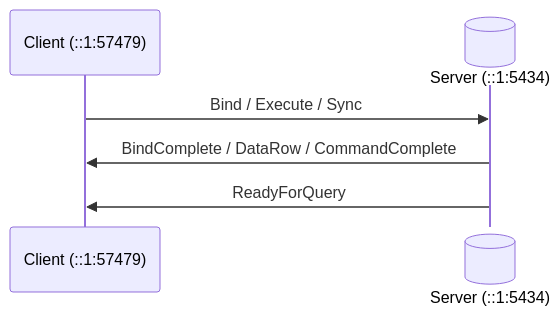
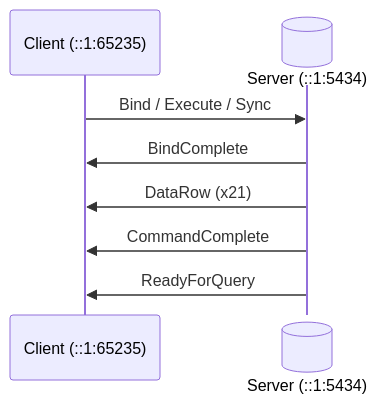
One commit to xfischer/pg_protoexport changed the second of 4 diagrams in docs/examples/exports/pagila-05-extended-query-named-prepared-statement/capture.mermaid.seq.md. Above: the diagram before and after it, drawn with Mermaid. The commit also changed other lines of this file and 135 other files, not shown here.

````diff
--- a/docs/examples/exports/pagila-05-extended-query-named-prepared-statement/capture.mermaid.seq.md
+++ b/docs/examples/exports/pagila-05-extended-query-named-prepared-statement/capture.mermaid.seq.md
@@ -11,8 +11,10 @@
 ```mermaid
 sequenceDiagram
-    participant C as Client (::1:57479)
+    participant C as Client (::1:65235)
     participant S@{ "type" : "database" } as Server (::1:5434)
     C->>S: Bind / Execute / Sync
-    S->>C: BindComplete / DataRow / CommandComplete
+    S->>C: BindComplete
+    S->>C: DataRow (x21)
+    S->>C: CommandComplete
     S->>C: ReadyForQuery
 ```
````
